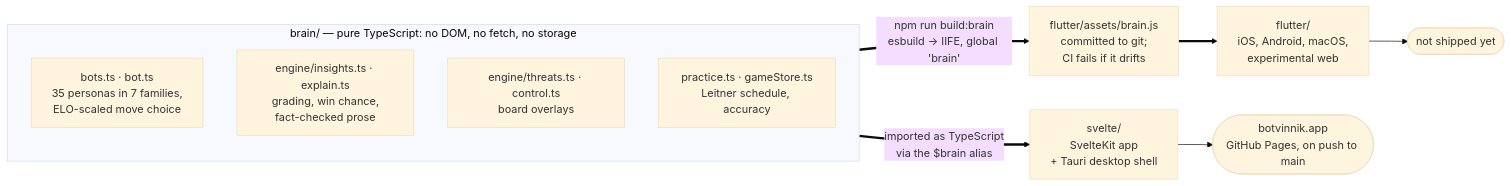
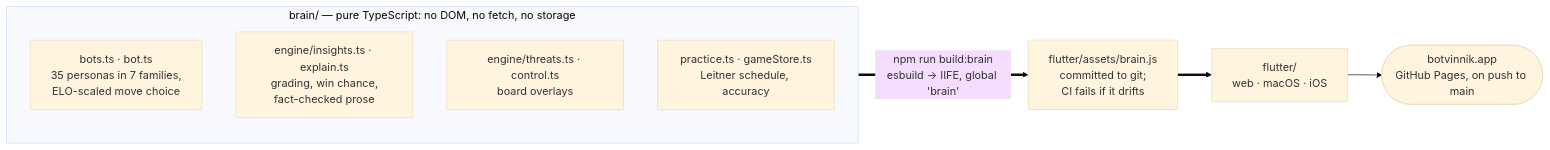
One commit to quadrismegistus/botvinnik changed the diagram in README.md. Above: the diagram before and after it, drawn with Mermaid (base theme). The commit also changed other lines of this file and 139 other files, not shown here.

````diff
--- a/README.md
+++ b/README.md
@@ -26,16 +27,13 @@
 ```mermaid
 flowchart LR
     subgraph BRAIN["brain/ — pure TypeScript: no DOM, no fetch, no storage"]
         R["bots.ts · bot.ts<br/>35 personas in 7 families,<br/>ELO-scaled move choice"]
         G["engine/insights.ts · explain.ts<br/>grading, win chance,<br/>fact-checked prose"]
         O["engine/threats.ts · control.ts<br/>board overlays"]
         P["practice.ts · gameStore.ts<br/>Leitner schedule, accuracy"]
     end
 
-    BRAIN ==>|"imported as TypeScript<br/>via the $brain alias"| SVELTE["svelte/<br/>SvelteKit app<br/>+ Tauri desktop shell"]
     BRAIN ==>|"npm run build:brain<br/>esbuild → IIFE, global 'brain'"| BUNDLE["flutter/assets/brain.js<br/>committed to git;<br/>CI fails if it drifts"]
-    BUNDLE ==> FLUTTER["flutter/<br/>iOS, Android, macOS,<br/>experimental web"]
-
-    SVELTE --> WEB(["botvinnik.app<br/>GitHub Pages, on push to main"])
-    FLUTTER --> APPS(["not shipped yet"])
+    BUNDLE ==> FLUTTER["flutter/<br/>web · macOS · iOS"]
+    FLUTTER --> WEB(["botvinnik.app<br/>GitHub Pages, on push to main"])
 ```
````
